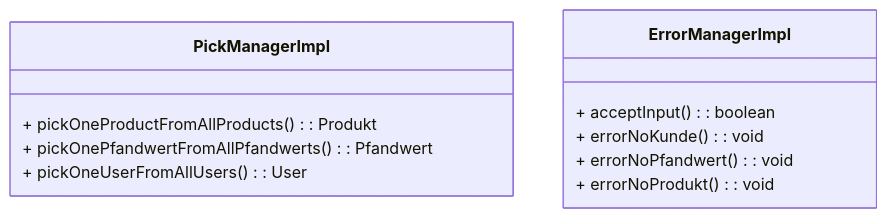
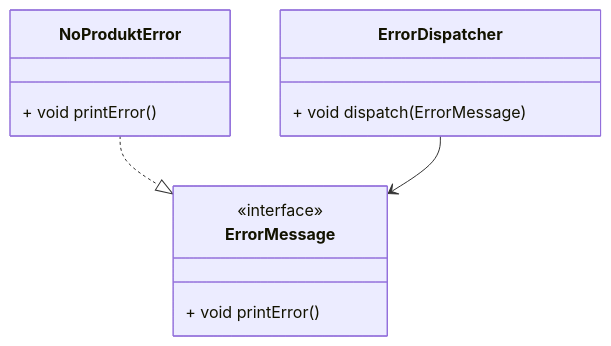
One commit to Gamagu/ase_getraenke changed the sixth of 31 diagrams in README.md. Above: the diagram before and after it, drawn with Mermaid. The commit also changed other lines of this file and 1 other file, not shown here.

````diff
--- a/README.md
+++ b/README.md
@@ -291,17 +262,18 @@
 ```mermaid
-	classDiagram 
+	classDiagram
+		class ErrorMessage { <<interface>>
+			+ void printError()
+		}
 		
-		class PickManagerImpl { 
-			+ pickOneProductFromAllProducts(): Produkt
-			+ pickOnePfandwertFromAllPfandwerts(): Pfandwert
-			+ pickOneUserFromAllUsers(): User
-		} 
-
-		class ErrorManagerImpl {
-			+ acceptInput(): boolean
-			+ errorNoKunde(): void
-			+ errorNoPfandwert(): void
-			+ errorNoProdukt(): void
+		class NoProduktError {
+			+ void printError()
 		}
+		
+		class ErrorDispatcher {
+			+ void dispatch(ErrorMessage)
+		}
+		
+		NoProduktError ..|> ErrorMessage
+		ErrorDispatcher --> ErrorMessage
 
 ```
````
